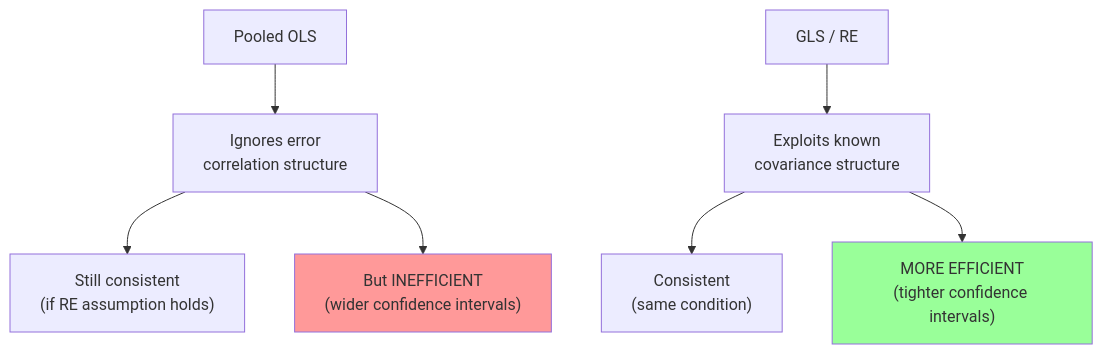
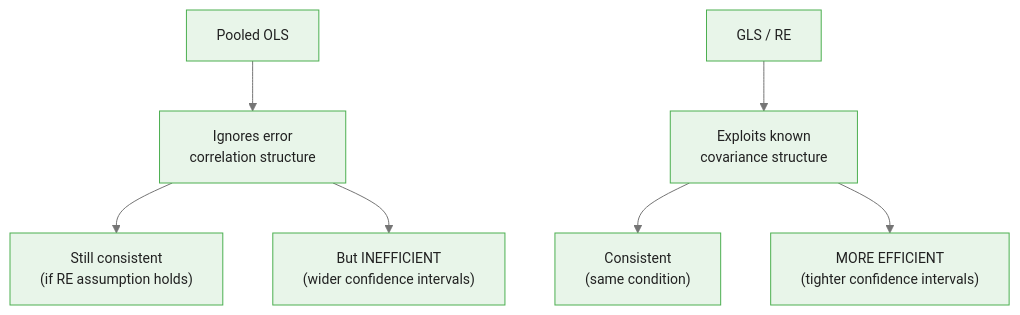
The third of 4 diagrams in courses/panel-regression/modules/module_03_random_effects/guides/02_random_effects_assumptions_slides.md (m-deane/course-creator), drawn with Mermaid before and after one commit. The commit also changed other lines of this file and 79 other files, not shown here.

````diff
--- a/courses/panel-regression/modules/module_03_random_effects/guides/02_random_effects_assumptions_slides.md
+++ b/courses/panel-regression/modules/module_03_random_effects/guides/02_random_effects_assumptions_slides.md
@@ -153,13 +187,11 @@
 ```mermaid
+%%{init: {"theme": "base", "themeVariables": {"primaryColor": "#e8f5e9", "primaryBorderColor": "#4caf50", "primaryTextColor": "#212121", "secondaryColor": "#e3f2fd", "tertiaryColor": "#fff8e1", "lineColor": "#757575", "fontFamily": "Inter, sans-serif", "fontSize": "14px"}}}%%
 flowchart TD
     OLS["Pooled OLS"] --> IGNORE["Ignores error<br/>correlation structure"]
     IGNORE --> CONSIST["Still consistent<br/>(if RE assumption holds)"]
     IGNORE --> INEFFIC["But INEFFICIENT<br/>(wider confidence intervals)"]
 
     GLS["GLS / RE"] --> EXPLOIT["Exploits known<br/>covariance structure"]
     EXPLOIT --> CONSIST2["Consistent<br/>(same condition)"]
     EXPLOIT --> EFFIC["MORE EFFICIENT<br/>(tighter confidence intervals)"]
-
-    style INEFFIC fill:#f99
-    style EFFIC fill:#9f9
 ```
````
